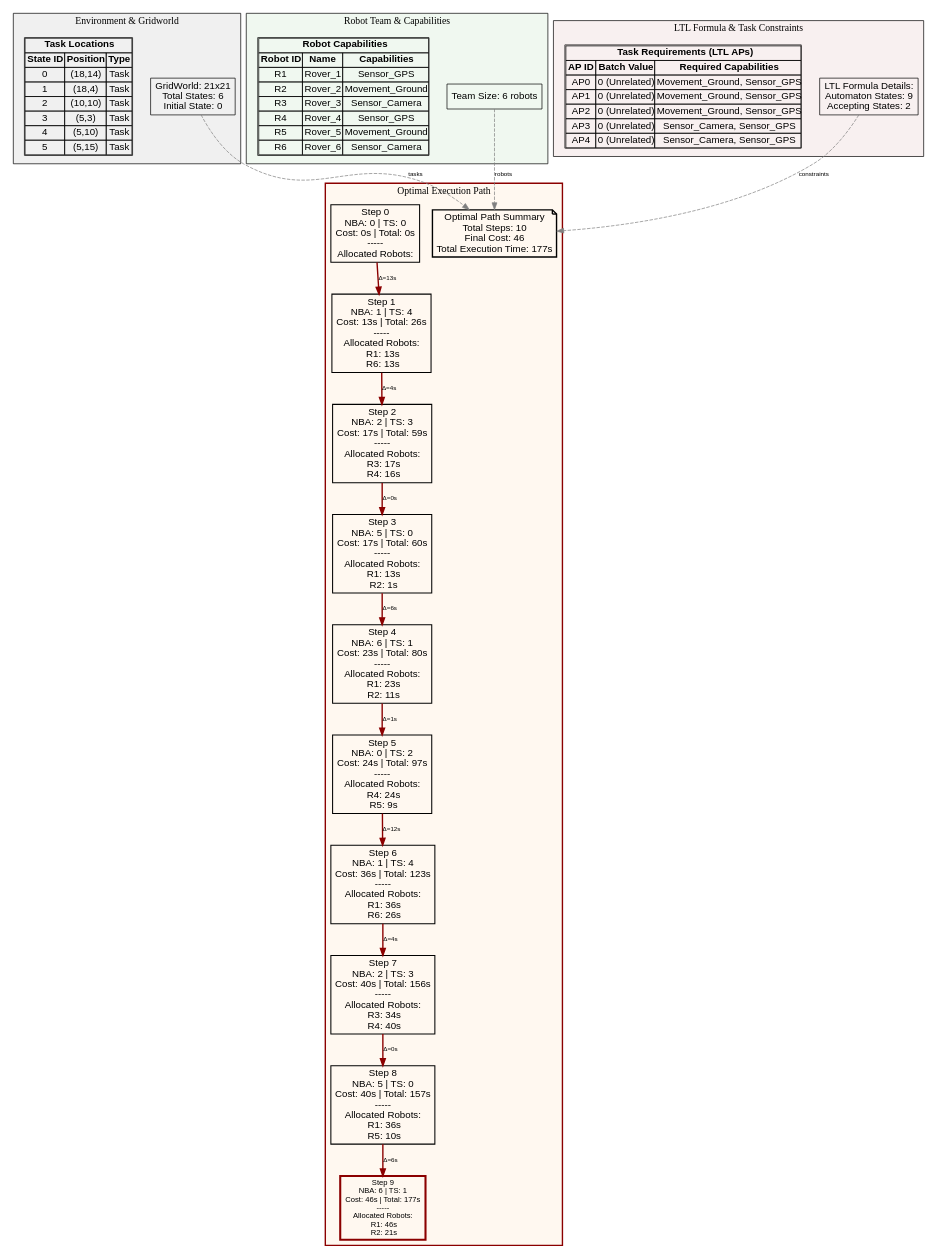
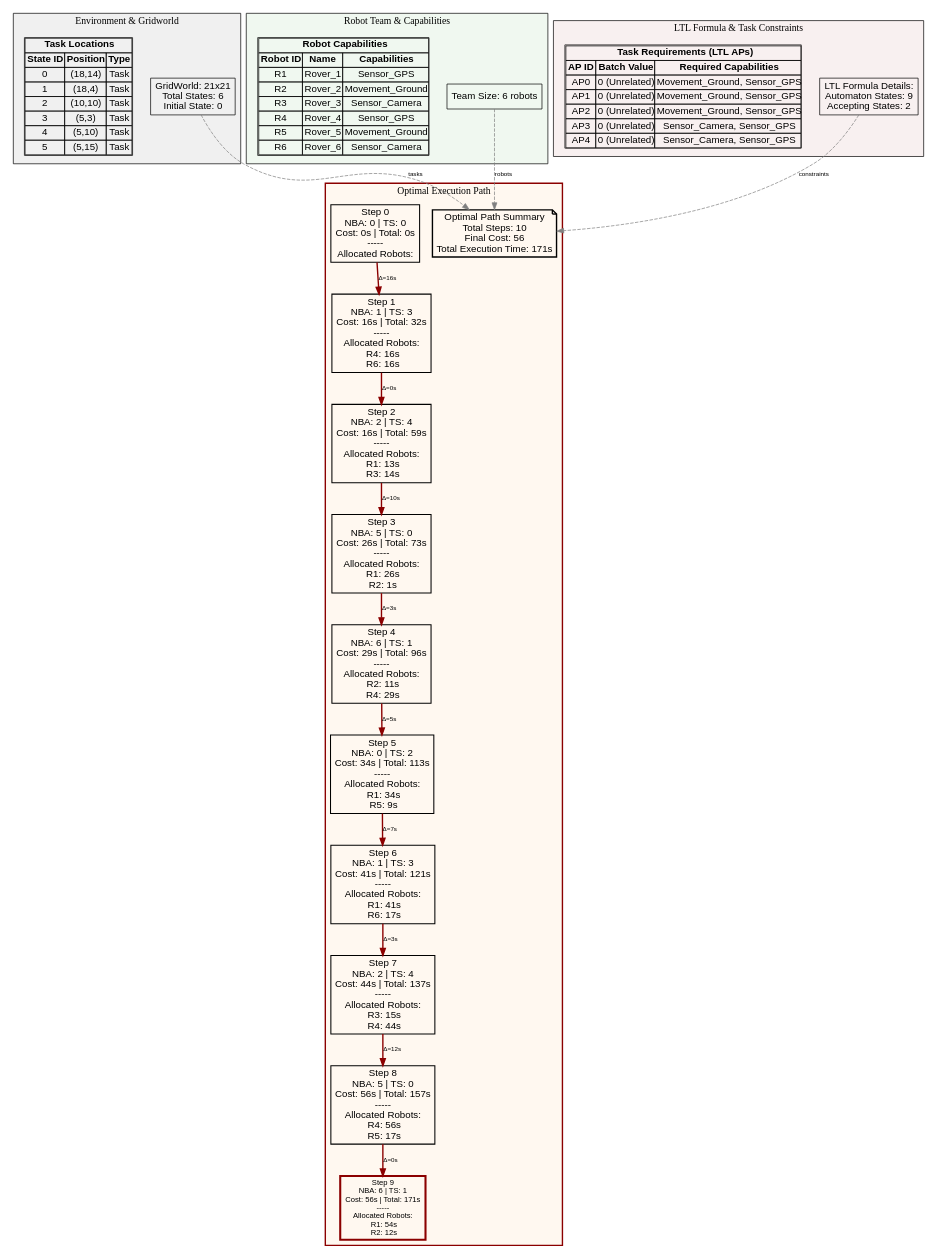
One commit to jrourke48/HMRTA_TS_GENERATION changed the diagram in MCTB-PDT/output/infinite_test_1_path.dot. Above: the diagram before and after it, drawn with Graphviz. The commit also changed 49 other files, not shown here.

```diff
--- a/MCTB-PDT/output/infinite_test_1_path.dot
+++ b/MCTB-PDT/output/infinite_test_1_path.dot
@@ -1,108 +1,108 @@
 digraph ComprehensiveOptimalPath {
   rankdir=TB;
   concentrate=true;
   node [fontname=Arial];
   edge [fontname=Arial, fontsize=9];
 
   subgraph cluster_environment {
     label="Environment & Gridworld";
     style=filled;
     fillcolor="#F0F0F0";
     color=black;
 
     env_info [shape=box, label="GridWorld: 21x21\nTotal States: 6\nInitial State: 0\n", fillcolor="#E8F4F8"];
 
     env_tasks [shape=plaintext, label=<
       <TABLE BORDER="1" CELLBORDER="1" CELLSPACING="0">
         <TR><TD COLSPAN="3"><B>Task Locations</B></TD></TR>
         <TR><TD><B>State ID</B></TD><TD><B>Position</B></TD><TD><B>Type</B></TD></TR>
         <TR><TD>0</TD><TD>(18,14)</TD><TD>Task</TD></TR>
         <TR><TD>1</TD><TD>(18,4)</TD><TD>Task</TD></TR>
         <TR><TD>2</TD><TD>(10,10)</TD><TD>Task</TD></TR>
         <TR><TD>3</TD><TD>(5,3)</TD><TD>Task</TD></TR>
         <TR><TD>4</TD><TD>(5,10)</TD><TD>Task</TD></TR>
         <TR><TD>5</TD><TD>(5,15)</TD><TD>Task</TD></TR>
       </TABLE>
     >];
   }
 
   subgraph cluster_robots {
     label="Robot Team & Capabilities";
     style=filled;
     fillcolor="#F0F8F0";
     color=black;
 
     team_info [shape=box, label="Team Size: 6 robots\n", fillcolor="#E8F8E8"];
 
     robot_caps [shape=plaintext, label=<
       <TABLE BORDER="1" CELLBORDER="1" CELLSPACING="0">
         <TR><TD COLSPAN="3"><B>Robot Capabilities</B></TD></TR>
         <TR><TD><B>Robot ID</B></TD><TD><B>Name</B></TD><TD><B>Capabilities</B></TD></TR>
         <TR><TD>R1</TD><TD>Rover_1</TD><TD>Sensor_GPS</TD></TR>
         <TR><TD>R2</TD><TD>Rover_2</TD><TD>Movement_Ground</TD></TR>
         <TR><TD>R3</TD><TD>Rover_3</TD><TD>Sensor_Camera</TD></TR>
         <TR><TD>R4</TD><TD>Rover_4</TD><TD>Sensor_GPS</TD></TR>
         <TR><TD>R5</TD><TD>Rover_5</TD><TD>Movement_Ground</TD></TR>
         <TR><TD>R6</TD><TD>Rover_6</TD><TD>Sensor_Camera</TD></TR>
       </TABLE>
     >];
   }
 
   subgraph cluster_ltl {
     label="LTL Formula & Task Constraints";
     style=filled;
     fillcolor="#F8F0F0";
     color=black;
 
     ltl_info [shape=box, label="LTL Formula Details:\nAutomaton States: 9\nAccepting States: 2\n", fillcolor="#F8E8E8"];
 
     ltl_tasks [shape=plaintext, label=<
       <TABLE BORDER="1" CELLBORDER="1" CELLSPACING="0">
         <TR><TD COLSPAN="3"><B>Task Requirements (LTL APs)</B></TD></TR>
         <TR><TD><B>AP ID</B></TD><TD><B>Batch Value</B></TD><TD><B>Required Capabilities</B></TD></TR>
         <TR><TD>AP0</TD><TD>0 (Unrelated)</TD><TD>Movement_Ground, Sensor_GPS</TD></TR>
         <TR><TD>AP1</TD><TD>0 (Unrelated)</TD><TD>Movement_Ground, Sensor_GPS</TD></TR>
         <TR><TD>AP2</TD><TD>0 (Unrelated)</TD><TD>Movement_Ground, Sensor_GPS</TD></TR>
         <TR><TD>AP3</TD><TD>0 (Unrelated)</TD><TD>Sensor_Camera, Sensor_GPS</TD></TR>
         <TR><TD>AP4</TD><TD>0 (Unrelated)</TD><TD>Sensor_Camera, Sensor_GPS</TD></TR>
       </TABLE>
     >];
   }
 
   subgraph cluster_path {
     label="Optimal Execution Path";
     style=filled;
     fillcolor="#FFF8F0";
     color=darkred;
     penwidth=2;
 
-    path_summary [shape=note, label="Optimal Path Summary\nTotal Steps: 10\nFinal Cost: 46\nTotal Execution Time: 177s\n", fillcolor="#FFFFCC", penwidth=2];
+    path_summary [shape=note, label="Optimal Path Summary\nTotal Steps: 10\nFinal Cost: 56\nTotal Execution Time: 171s\n", fillcolor="#FFFFCC", penwidth=2];
 
     opt_0 [shape=box, label="Step 0\nNBA: 0 | TS: 0\nCost: 0s | Total: 0s\n-----\nAllocated Robots:\n", fillcolor="#B3E5FC", penwidth=1.5];
-    opt_1 [shape=box, label="Step 1\nNBA: 1 | TS: 4\nCost: 13s | Total: 26s\n-----\nAllocated Robots:\n  R1: 13s\n  R6: 13s\n", fillcolor="#B3E5FC", penwidth=1.5];
-    opt_2 [shape=box, label="Step 2\nNBA: 2 | TS: 3\nCost: 17s | Total: 59s\n-----\nAllocated Robots:\n  R3: 17s\n  R4: 16s\n", fillcolor="#B3E5FC", penwidth=1.5];
-    opt_3 [shape=box, label="Step 3\nNBA: 5 | TS: 0\nCost: 17s | Total: 60s\n-----\nAllocated Robots:\n  R1: 13s\n  R2: 1s\n", fillcolor="#B3E5FC", penwidth=1.5];
-    opt_4 [shape=box, label="Step 4\nNBA: 6 | TS: 1\nCost: 23s | Total: 80s\n-----\nAllocated Robots:\n  R1: 23s\n  R2: 11s\n", fillcolor="#B3E5FC", penwidth=1.5];
-    opt_5 [shape=box, label="Step 5\nNBA: 0 | TS: 2\nCost: 24s | Total: 97s\n-----\nAllocated Robots:\n  R4: 24s\n  R5: 9s\n", fillcolor="#B3E5FC", penwidth=1.5];
-    opt_6 [shape=box, label="Step 6\nNBA: 1 | TS: 4\nCost: 36s | Total: 123s\n-----\nAllocated Robots:\n  R1: 36s\n  R6: 26s\n", fillcolor="#B3E5FC", penwidth=1.5];
-    opt_7 [shape=box, label="Step 7\nNBA: 2 | TS: 3\nCost: 40s | Total: 156s\n-----\nAllocated Robots:\n  R3: 34s\n  R4: 40s\n", fillcolor="#B3E5FC", penwidth=1.5];
-    opt_8 [shape=box, label="Step 8\nNBA: 5 | TS: 0\nCost: 40s | Total: 157s\n-----\nAllocated Robots:\n  R1: 36s\n  R5: 10s\n", fillcolor="#B3E5FC", penwidth=1.5];
-    opt_9 [shape=box, label="Step 9\nNBA: 6 | TS: 1\nCost: 46s | Total: 177s\n-----\nAllocated Robots:\n  R1: 46s\n  R2: 21s\n", fillcolor="#FF6B6B", penwidth=3, color=darkred, fontweight=bold, fontsize=11];
+    opt_1 [shape=box, label="Step 1\nNBA: 1 | TS: 3\nCost: 16s | Total: 32s\n-----\nAllocated Robots:\n  R4: 16s\n  R6: 16s\n", fillcolor="#B3E5FC", penwidth=1.5];
+    opt_2 [shape=box, label="Step 2\nNBA: 2 | TS: 4\nCost: 16s | Total: 59s\n-----\nAllocated Robots:\n  R1: 13s\n  R3: 14s\n", fillcolor="#B3E5FC", penwidth=1.5];
+    opt_3 [shape=box, label="Step 3\nNBA: 5 | TS: 0\nCost: 26s | Total: 73s\n-----\nAllocated Robots:\n  R1: 26s\n  R2: 1s\n", fillcolor="#B3E5FC", penwidth=1.5];
+    opt_4 [shape=box, label="Step 4\nNBA: 6 | TS: 1\nCost: 29s | Total: 96s\n-----\nAllocated Robots:\n  R2: 11s\n  R4: 29s\n", fillcolor="#B3E5FC", penwidth=1.5];
+    opt_5 [shape=box, label="Step 5\nNBA: 0 | TS: 2\nCost: 34s | Total: 113s\n-----\nAllocated Robots:\n  R1: 34s\n  R5: 9s\n", fillcolor="#B3E5FC", penwidth=1.5];
+    opt_6 [shape=box, label="Step 6\nNBA: 1 | TS: 3\nCost: 41s | Total: 121s\n-----\nAllocated Robots:\n  R1: 41s\n  R6: 17s\n", fillcolor="#B3E5FC", penwidth=1.5];
+    opt_7 [shape=box, label="Step 7\nNBA: 2 | TS: 4\nCost: 44s | Total: 137s\n-----\nAllocated Robots:\n  R3: 15s\n  R4: 44s\n", fillcolor="#B3E5FC", penwidth=1.5];
+    opt_8 [shape=box, label="Step 8\nNBA: 5 | TS: 0\nCost: 56s | Total: 157s\n-----\nAllocated Robots:\n  R4: 56s\n  R5: 17s\n", fillcolor="#B3E5FC", penwidth=1.5];
+    opt_9 [shape=box, label="Step 9\nNBA: 6 | TS: 1\nCost: 56s | Total: 171s\n-----\nAllocated Robots:\n  R1: 54s\n  R2: 12s\n", fillcolor="#FF6B6B", penwidth=3, color=darkred, fontweight=bold, fontsize=11];
 
-    opt_0 -> opt_1 [label="Δ=13s", penwidth=2, color=darkred];
-    opt_1 -> opt_2 [label="Δ=4s", penwidth=2, color=darkred];
-    opt_2 -> opt_3 [label="Δ=0s", penwidth=2, color=darkred];
-    opt_3 -> opt_4 [label="Δ=6s", penwidth=2, color=darkred];
-    opt_4 -> opt_5 [label="Δ=1s", penwidth=2, color=darkred];
-    opt_5 -> opt_6 [label="Δ=12s", penwidth=2, color=darkred];
-    opt_6 -> opt_7 [label="Δ=4s", penwidth=2, color=darkred];
-    opt_7 -> opt_8 [label="Δ=0s", penwidth=2, color=darkred];
-    opt_8 -> opt_9 [label="Δ=6s", penwidth=2, color=darkred];
+    opt_0 -> opt_1 [label="Δ=16s", penwidth=2, color=darkred];
+    opt_1 -> opt_2 [label="Δ=0s", penwidth=2, color=darkred];
+    opt_2 -> opt_3 [label="Δ=10s", penwidth=2, color=darkred];
+    opt_3 -> opt_4 [label="Δ=3s", penwidth=2, color=darkred];
+    opt_4 -> opt_5 [label="Δ=5s", penwidth=2, color=darkred];
+    opt_5 -> opt_6 [label="Δ=7s", penwidth=2, color=darkred];
+    opt_6 -> opt_7 [label="Δ=3s", penwidth=2, color=darkred];
+    opt_7 -> opt_8 [label="Δ=12s", penwidth=2, color=darkred];
+    opt_8 -> opt_9 [label="Δ=0s", penwidth=2, color=darkred];
   }
 
   // Connections between clusters
   env_info -> path_summary [style=dashed, color=gray, label="tasks"];
   team_info -> path_summary [style=dashed, color=gray, label="robots"];
   ltl_info -> path_summary [style=dashed, color=gray, label="constraints"];
 
 }
```
